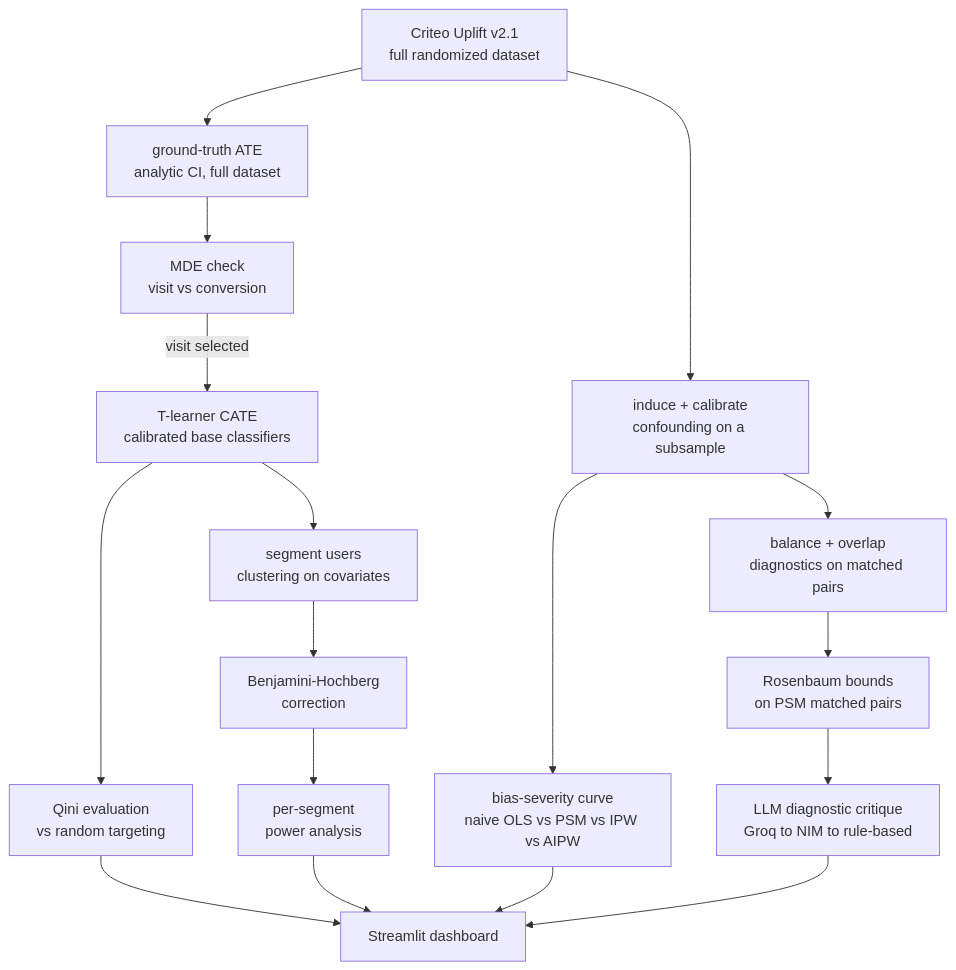
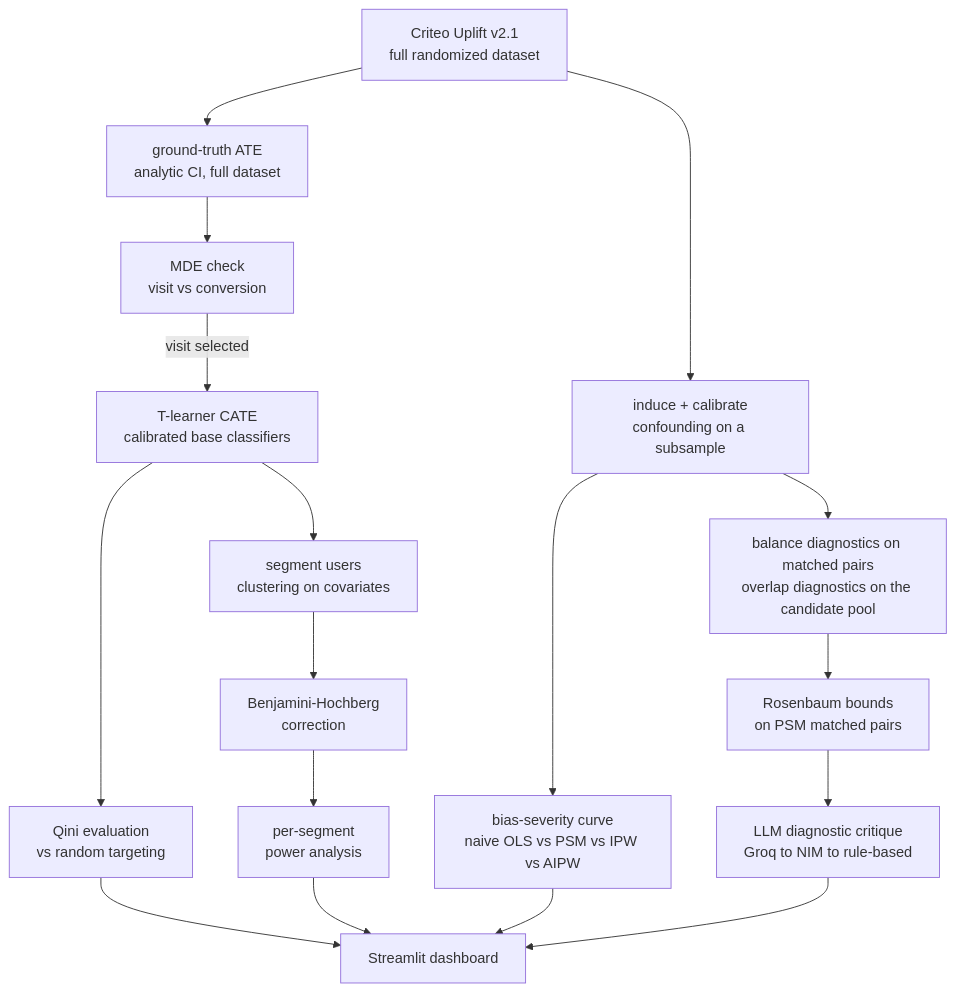
The diagram in README.md (abhinavharbola/causal-inference-lab), drawn with Mermaid before and after one commit. The commit also changed other lines of this file and 5 other files, not shown here.

````diff
--- a/README.md
+++ b/README.md
@@ -54,22 +56,22 @@
 ```mermaid
 flowchart TD
     raw[Criteo Uplift v2.1\nfull randomized dataset] --> gt[ground-truth ATE\nanalytic CI, full dataset]
     raw --> induce[induce + calibrate\nconfounding on a subsample]
     induce --> curve[bias-severity curve\nnaive OLS vs PSM vs IPW vs AIPW]
-    induce --> balance[balance + overlap\ndiagnostics on matched pairs]
+    induce --> balance[balance diagnostics on matched pairs\noverlap diagnostics on the candidate pool]
 
     gt --> mde[MDE check\nvisit vs conversion]
     mde -->|visit selected| cate[T-learner CATE\ncalibrated base classifiers]
     cate --> qini[Qini evaluation\nvs random targeting]
     cate --> segment[segment users\nclustering on covariates]
     segment --> bh[Benjamini-Hochberg\ncorrection]
     bh --> power[per-segment\npower analysis]
 
     balance --> rosenbaum[Rosenbaum bounds\non PSM matched pairs]
 
     curve --> dash[Streamlit dashboard]
     qini --> dash
     power --> dash
     rosenbaum --> critique[LLM diagnostic critique\nGroq to NIM to rule-based]
     critique --> dash
 ```
````
